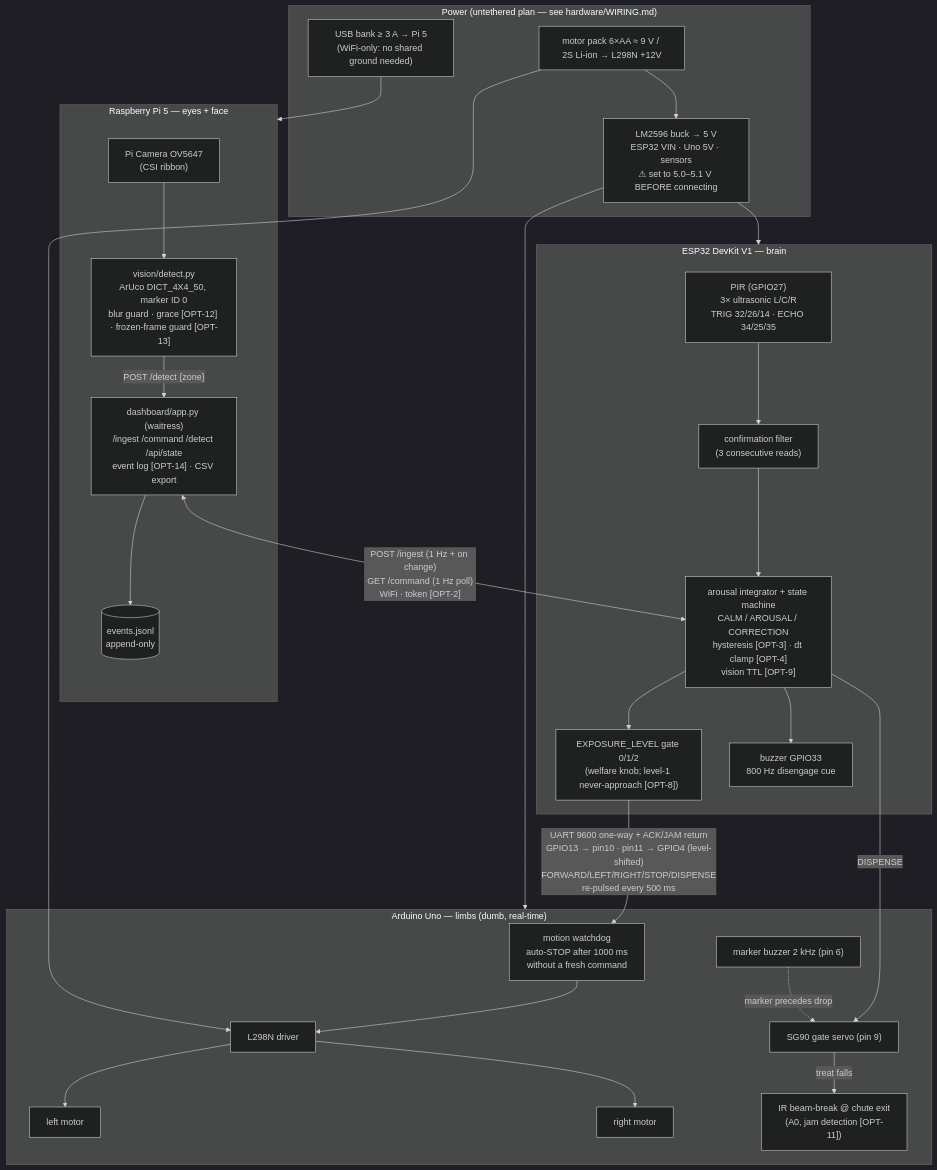
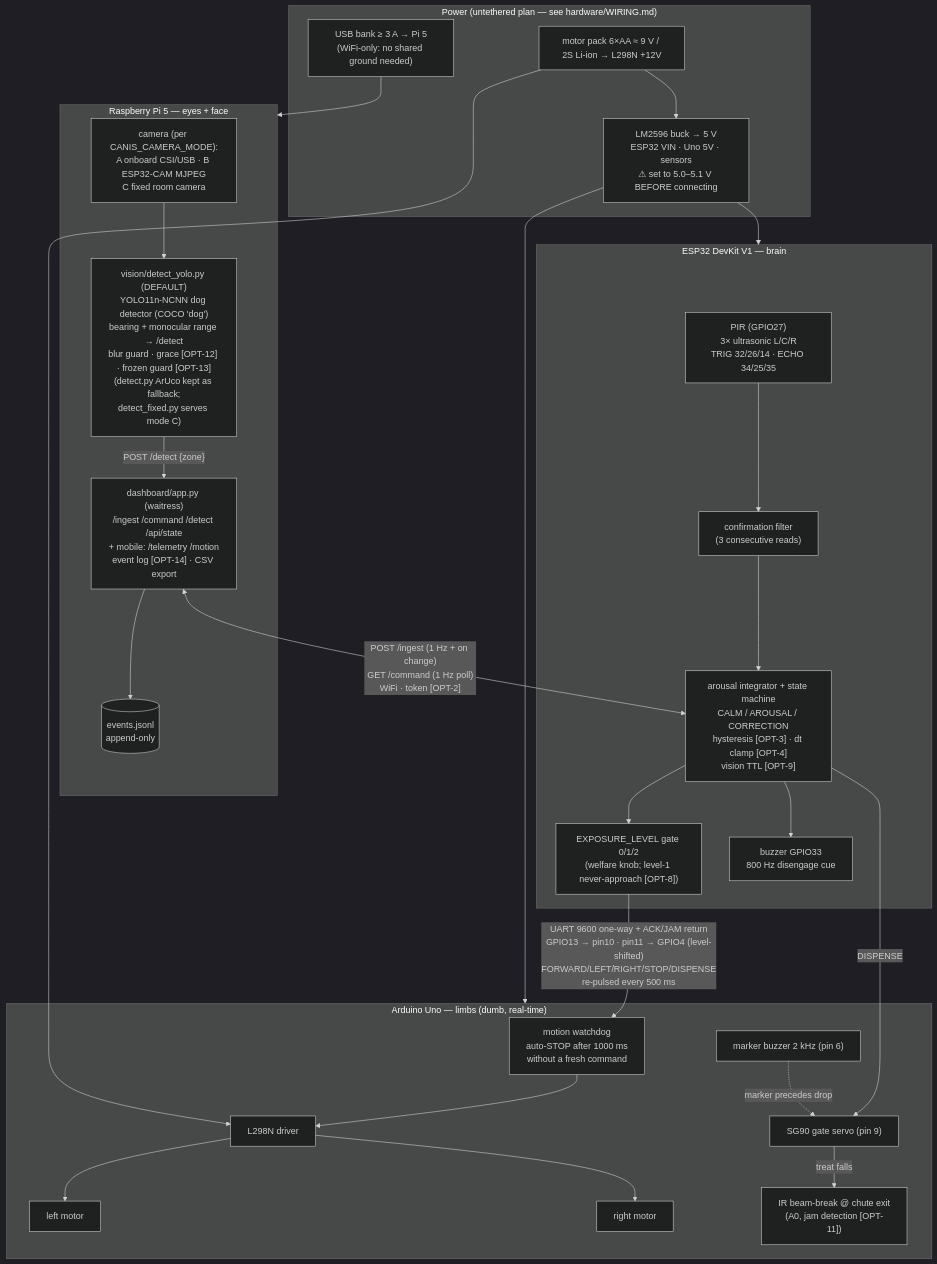
The first of 7 diagrams in optimized/docs/ARCHITECTURE.md (Sidsolegend/CANIS), drawn with Mermaid (dark theme) before and after one commit. The commit also changed other lines of this file and 19 other files, not shown here.

````diff
--- a/optimized/docs/ARCHITECTURE.md
+++ b/optimized/docs/ARCHITECTURE.md
@@ -11,53 +14,53 @@
 ```mermaid
 flowchart TB
     subgraph PI["Raspberry Pi 5 — eyes + face"]
-        CAM["Pi Camera OV5647<br/>(CSI ribbon)"]
-        DET["vision/detect.py<br/>ArUco DICT_4X4_50, marker ID 0<br/>blur guard · grace [OPT-12] · frozen-frame guard [OPT-13]"]
-        DASH["dashboard/app.py (waitress)<br/>/ingest /command /detect /api/state<br/>event log [OPT-14] · CSV export"]
+        CAM["camera (per CANIS_CAMERA_MODE):<br/>A onboard CSI/USB · B ESP32-CAM MJPEG<br/>C fixed room camera"]
+        DET["vision/detect_yolo.py (DEFAULT)<br/>YOLO11n-NCNN dog detector (COCO 'dog')<br/>bearing + monocular range → /detect<br/>blur guard · grace [OPT-12] · frozen guard [OPT-13]<br/>(detect.py ArUco kept as fallback;<br/>detect_fixed.py serves mode C)"]
+        DASH["dashboard/app.py (waitress)<br/>/ingest /command /detect /api/state<br/>+ mobile: /telemetry /motion<br/>event log [OPT-14] · CSV export"]
         LOG[("events.jsonl<br/>append-only")]
         CAM --> DET
         DET -- "POST /detect {zone}" --> DASH
         DASH --> LOG
     end
 
     subgraph ESP["ESP32 DevKit V1 — brain"]
         SENS["PIR (GPIO27)<br/>3× ultrasonic L/C/R<br/>TRIG 32/26/14 · ECHO 34/25/35"]
         CONF["confirmation filter<br/>(3 consecutive reads)"]
         FSM["arousal integrator + state machine<br/>CALM / AROUSAL / CORRECTION<br/>hysteresis [OPT-3] · dt clamp [OPT-4]<br/>vision TTL [OPT-9]"]
         GATE["EXPOSURE_LEVEL gate 0/1/2<br/>(welfare knob; level-1 never-approach [OPT-8])"]
         BZ1["buzzer GPIO33<br/>800 Hz disengage cue"]
         SENS --> CONF --> FSM
         FSM --> GATE
         FSM --> BZ1
     end
 
     subgraph UNO["Arduino Uno — limbs (dumb, real-time)"]
         WD["motion watchdog<br/>auto-STOP after 1000 ms<br/>without a fresh command"]
         L298["L298N driver"]
         M1["left motor"]
         M2["right motor"]
         SRV["SG90 gate servo (pin 9)"]
         BZ2["marker buzzer 2 kHz (pin 6)"]
         BEAM["IR beam-break @ chute exit<br/>(A0, jam detection [OPT-11])"]
         WD --> L298
         L298 --> M1
         L298 --> M2
     end
 
     DASH <-- "POST /ingest (1 Hz + on change)<br/>GET /command (1 Hz poll)<br/>WiFi · token [OPT-2]" --> FSM
     GATE -- "UART 9600 one-way + ACK/JAM return<br/>GPIO13 → pin10 · pin11 → GPIO4 (level-shifted)<br/>FORWARD/LEFT/RIGHT/STOP/DISPENSE<br/>re-pulsed every 500 ms" --> WD
     FSM -- "DISPENSE" --> SRV
     BZ2 -. "marker precedes drop" .-> SRV
     SRV -- "treat falls" --> BEAM
 
     subgraph PWR["Power (untethered plan — see hardware/WIRING.md)"]
         BANK["USB bank ≥ 3 A → Pi 5<br/>(WiFi-only: no shared ground needed)"]
         PACK["motor pack 6×AA ≈ 9 V / 2S Li-ion → L298N +12V"]
         BUCK["LM2596 buck → 5 V<br/>ESP32 VIN · Uno 5V · sensors<br/>⚠ set to 5.0–5.1 V BEFORE connecting"]
         PACK --> BUCK
     end
     BANK --> PI
     PACK --> L298
     BUCK --> ESP
     BUCK --> UNO
 ```
````
